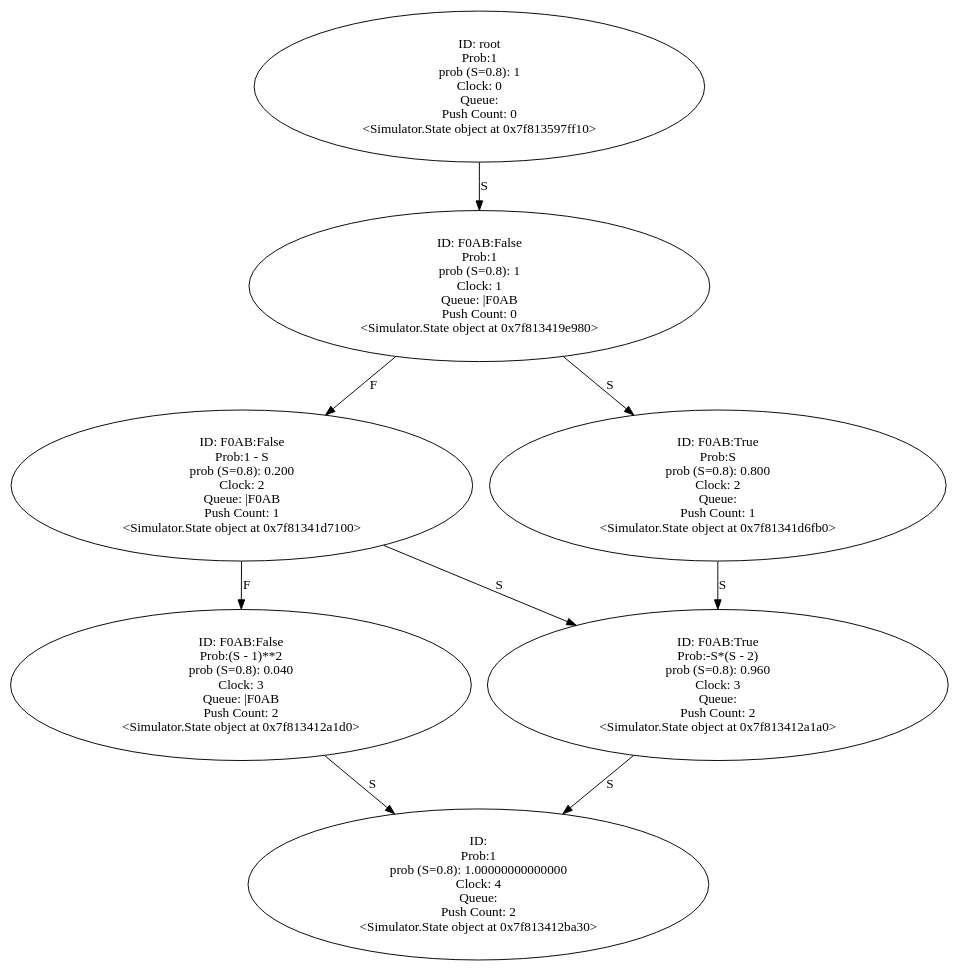
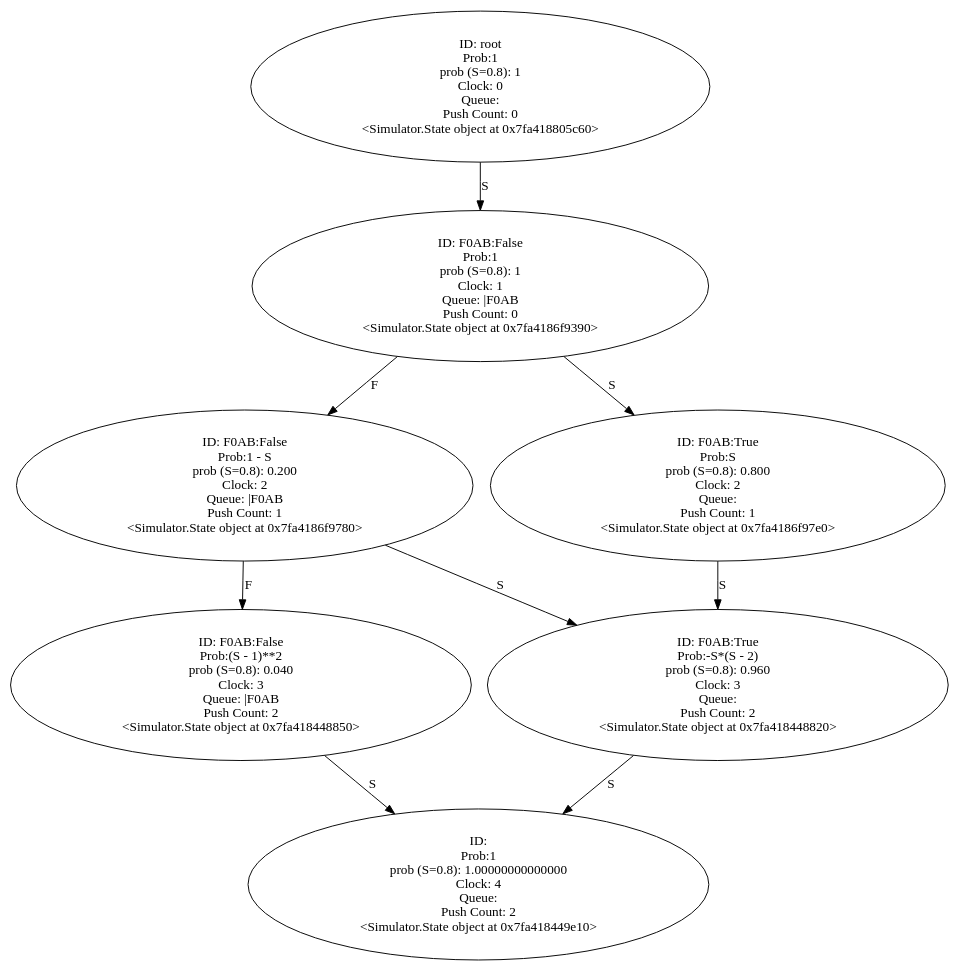
The diagram in Output/new_half_condition.wrp.gv (YasinBoloorchi/WARP-Simulator), drawn with Graphviz before and after one commit. The commit also changed 72 other files, not shown here.

Commit message:
Added conditional pull in step five and fixed flow_name bug

```diff
--- a/Output/new_half_condition.wrp.gv
+++ b/Output/new_half_condition.wrp.gv
@@ -1,59 +1,59 @@
 digraph "./Output/new_half_condition.wrp" {
-	<Simulator.State object at 0x7f813597ff10> [label="ID: root
+	<Simulator.State object at 0x7fa418805c60> [label="ID: root
 Prob:1
 prob (S=0.8): 1
 Clock: 0
 Queue: 
 Push Count: 0
-<Simulator.State object at 0x7f813597ff10>"]
-	<Simulator.State object at 0x7f813597ff10> -> <Simulator.State object at 0x7f813419e980> [label=S]
-	<Simulator.State object at 0x7f813419e980> [label="ID: F0AB:False
+<Simulator.State object at 0x7fa418805c60>"]
+	<Simulator.State object at 0x7fa418805c60> -> <Simulator.State object at 0x7fa4186f9390> [label=S]
+	<Simulator.State object at 0x7fa4186f9390> [label="ID: F0AB:False
 Prob:1
 prob (S=0.8): 1
 Clock: 1
 Queue: |F0AB
 Push Count: 0
-<Simulator.State object at 0x7f813419e980>"]
-	<Simulator.State object at 0x7f813419e980> -> <Simulator.State object at 0x7f81341d7100> [label=F]
-	<Simulator.State object at 0x7f813419e980> -> <Simulator.State object at 0x7f81341d6fb0> [label=S]
-	<Simulator.State object at 0x7f81341d7100> [label="ID: F0AB:False
+<Simulator.State object at 0x7fa4186f9390>"]
+	<Simulator.State object at 0x7fa4186f9390> -> <Simulator.State object at 0x7fa4186f9780> [label=F]
+	<Simulator.State object at 0x7fa4186f9390> -> <Simulator.State object at 0x7fa4186f97e0> [label=S]
+	<Simulator.State object at 0x7fa4186f9780> [label="ID: F0AB:False
 Prob:1 - S
 prob (S=0.8): 0.200
 Clock: 2
 Queue: |F0AB
 Push Count: 1
-<Simulator.State object at 0x7f81341d7100>"]
-	<Simulator.State object at 0x7f81341d7100> -> <Simulator.State object at 0x7f813412a1d0> [label=F]
-	<Simulator.State object at 0x7f81341d7100> -> <Simulator.State object at 0x7f813412a1a0> [label=S]
-	<Simulator.State object at 0x7f81341d6fb0> [label="ID: F0AB:True
+<Simulator.State object at 0x7fa4186f9780>"]
+	<Simulator.State object at 0x7fa4186f9780> -> <Simulator.State object at 0x7fa418448850> [label=F]
+	<Simulator.State object at 0x7fa4186f9780> -> <Simulator.State object at 0x7fa418448820> [label=S]
+	<Simulator.State object at 0x7fa4186f97e0> [label="ID: F0AB:True
 Prob:S
 prob (S=0.8): 0.800
 Clock: 2
 Queue: 
 Push Count: 1
-<Simulator.State object at 0x7f81341d6fb0>"]
-	<Simulator.State object at 0x7f81341d6fb0> -> <Simulator.State object at 0x7f813412a1a0> [label=S]
-	<Simulator.State object at 0x7f813412a1d0> [label="ID: F0AB:False
+<Simulator.State object at 0x7fa4186f97e0>"]
+	<Simulator.State object at 0x7fa4186f97e0> -> <Simulator.State object at 0x7fa418448820> [label=S]
+	<Simulator.State object at 0x7fa418448850> [label="ID: F0AB:False
 Prob:(S - 1)**2
 prob (S=0.8): 0.040
 Clock: 3
 Queue: |F0AB
 Push Count: 2
-<Simulator.State object at 0x7f813412a1d0>"]
-	<Simulator.State object at 0x7f813412a1d0> -> <Simulator.State object at 0x7f813412ba30> [label=S]
-	<Simulator.State object at 0x7f813412a1a0> [label="ID: F0AB:True
+<Simulator.State object at 0x7fa418448850>"]
+	<Simulator.State object at 0x7fa418448850> -> <Simulator.State object at 0x7fa418449e10> [label=S]
+	<Simulator.State object at 0x7fa418448820> [label="ID: F0AB:True
 Prob:-S*(S - 2)
 prob (S=0.8): 0.960
 Clock: 3
 Queue: 
 Push Count: 2
-<Simulator.State object at 0x7f813412a1a0>"]
-	<Simulator.State object at 0x7f813412a1a0> -> <Simulator.State object at 0x7f813412ba30> [label=S]
-	<Simulator.State object at 0x7f813412ba30> [label="ID: 
+<Simulator.State object at 0x7fa418448820>"]
+	<Simulator.State object at 0x7fa418448820> -> <Simulator.State object at 0x7fa418449e10> [label=S]
+	<Simulator.State object at 0x7fa418449e10> [label="ID: 
 Prob:1
 prob (S=0.8): 1.00000000000000
 Clock: 4
 Queue: 
 Push Count: 2
-<Simulator.State object at 0x7f813412ba30>"]
+<Simulator.State object at 0x7fa418449e10>"]
 }
```
